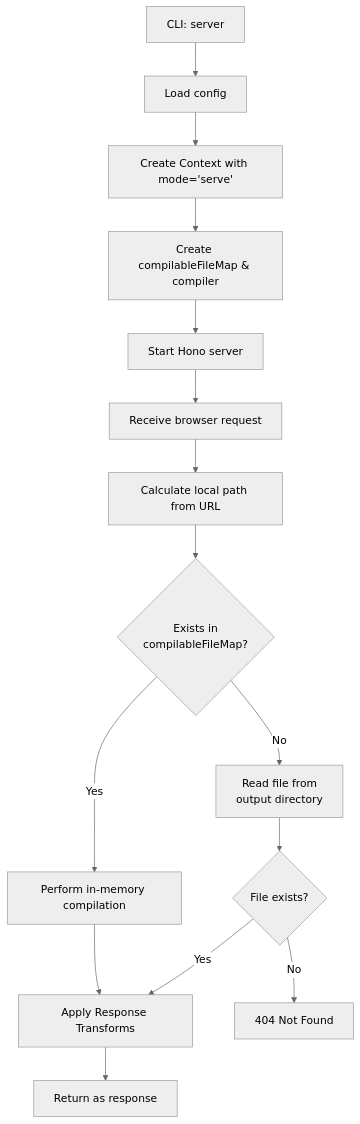
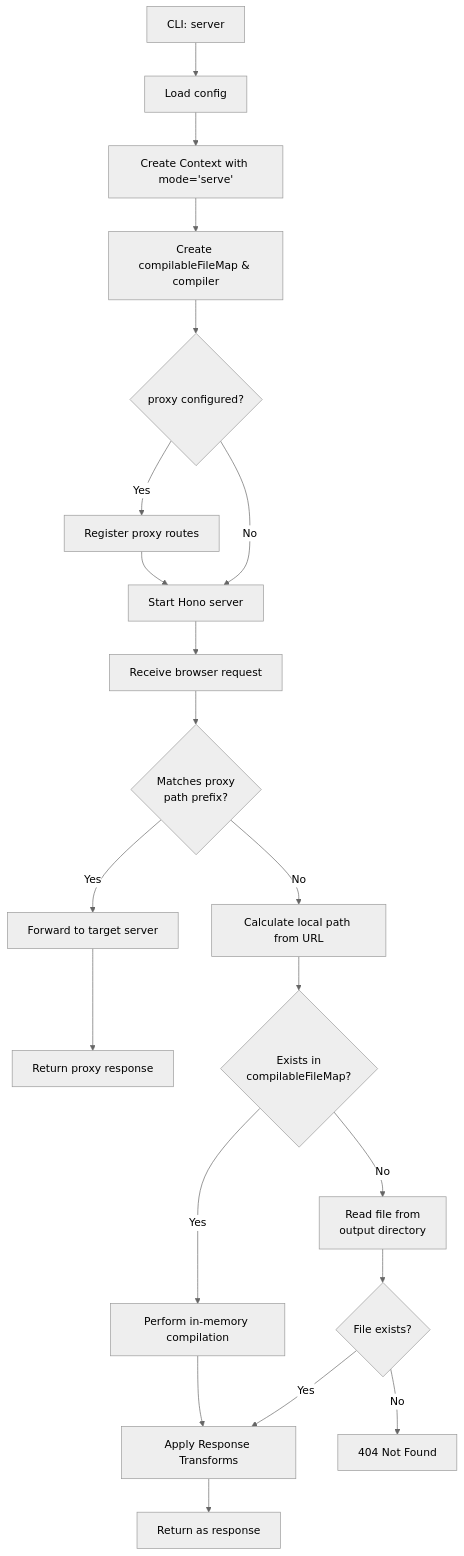
The second of 2 diagrams in packages/kamado/ARCHITECTURE.md (d-zero-dev/kamado), drawn with Mermaid (neutral theme) before and after one commit. The commit also changed other lines of this file and 1 other file, not shown here.

Commit message:
docs(kamado): add Proxy API section to ARCHITECTURE

````diff
--- a/packages/kamado/ARCHITECTURE.md
+++ b/packages/kamado/ARCHITECTURE.md
@@ -196,17 +196,23 @@
 ```mermaid
 graph TD
     A[CLI: server] --> B[Load config]
     B --> B2[Create Context with mode='serve']
     B2 --> C[Create compilableFileMap & compiler]
-    C --> C2[Start Hono server]
+    C --> C1{proxy configured?}
+    C1 -- Yes --> C1a[Register proxy routes]
+    C1a --> C2[Start Hono server]
+    C1 -- No --> C2
     C2 --> D[Receive browser request]
-    D --> E[Calculate local path from URL]
+    D --> D1{Matches proxy<br>path prefix?}
+    D1 -- Yes --> D2[Forward to target server]
+    D2 --> D3[Return proxy response]
+    D1 -- No --> E[Calculate local path from URL]
     E --> F{Exists in<br>compilableFileMap?}
     F -- Yes --> H[Perform in-memory compilation]
     H --> I[Apply Response Transforms]
     I --> J[Return as response]
     F -- No --> K[Read file from<br>output directory]
     K --> L{File exists?}
     L -- Yes --> I
     L -- No --> M[404 Not Found]
 ```
````
